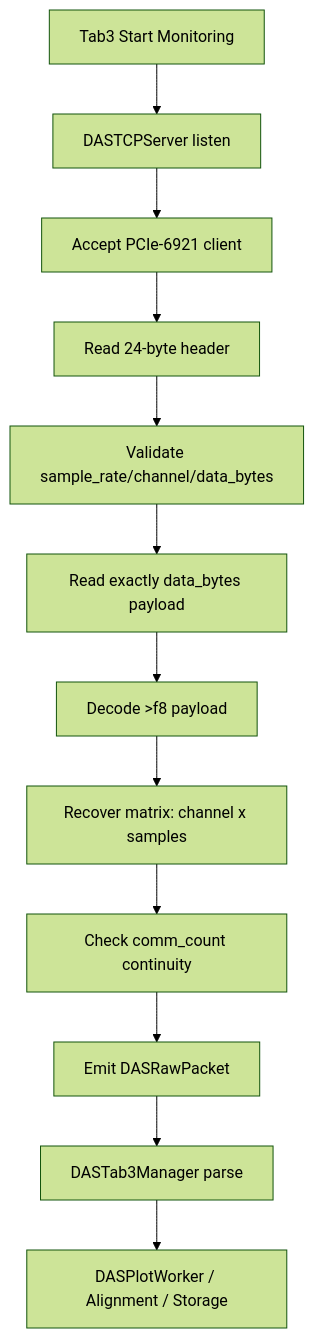
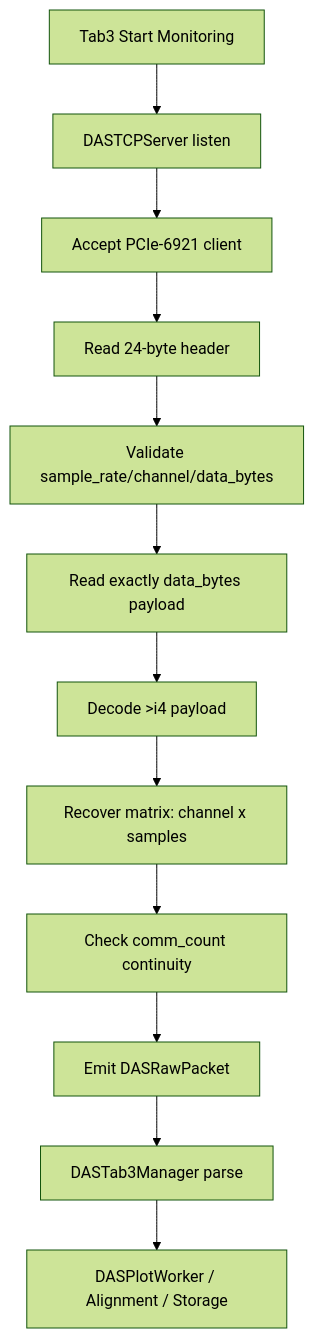
The diagram in docs/2026-6-19-通信协议与数据包格式.md (chyiever/wb-monitor), drawn with Mermaid (forest theme) before and after one commit. The commit also changed other lines of this file and 4 other files, not shown here.

````diff
--- a/docs/2026-6-19-通信协议与数据包格式.md
+++ b/docs/2026-6-19-通信协议与数据包格式.md
@@ -100,14 +100,14 @@
 ```mermaid
 flowchart TD
     A[Tab3 Start Monitoring] --> B[DASTCPServer listen]
     B --> C[Accept PCIe-6921 client]
     C --> D[Read 24-byte header]
     D --> E[Validate sample_rate/channel/data_bytes]
     E --> F[Read exactly data_bytes payload]
-    F --> G[Decode >f8 payload]
+    F --> G[Decode >i4 payload]
     G --> H[Recover matrix: channel x samples]
     H --> I[Check comm_count continuity]
     I --> J[Emit DASRawPacket]
     J --> K[DASTab3Manager parse]
     K --> L[DASPlotWorker / Alignment / Storage]
 ```
````
